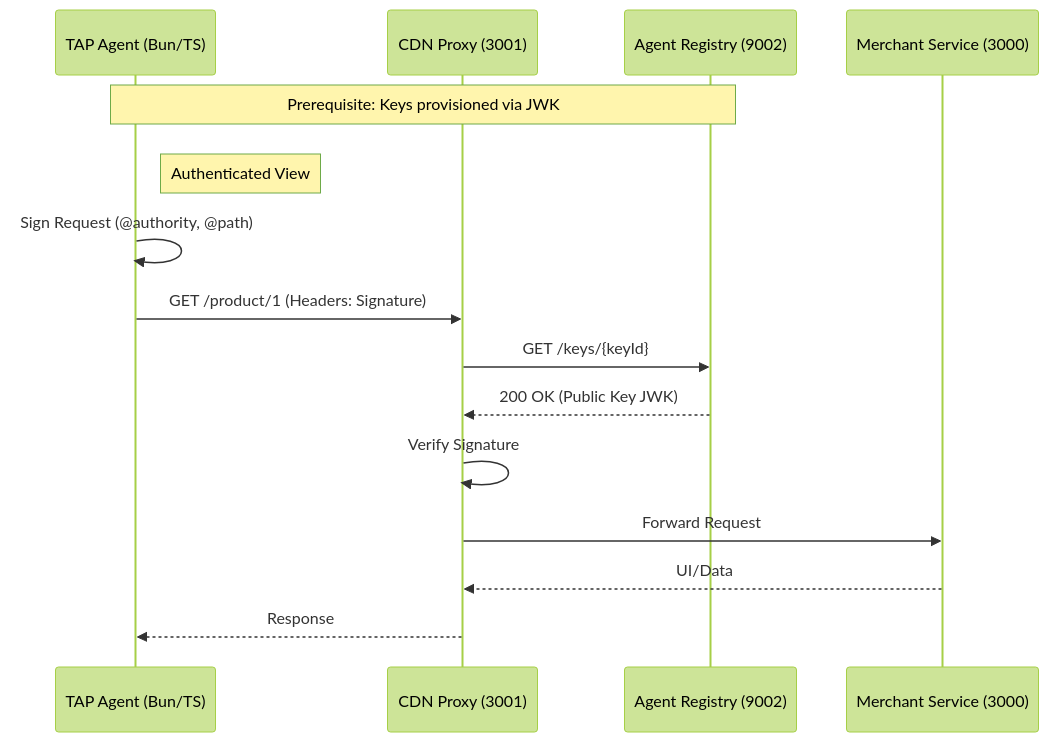
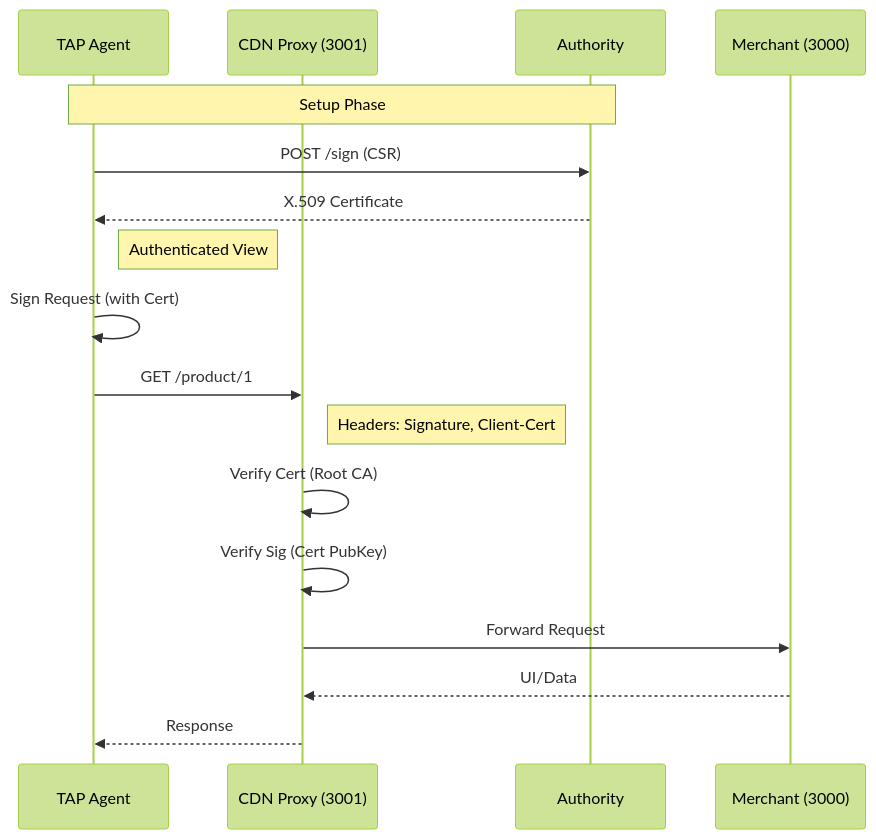
Before and after one commit to JL2718/trusted-agent-protocol: the first of 2 diagrams in src/plan.md, drawn with Mermaid (forest theme). The commit also changed other lines of this file and 10 other files, not shown here.

````diff
--- a/src/plan.md
+++ b/src/plan.md
@@ -110,21 +127,22 @@
 ```mermaid
 sequenceDiagram
-    participant A as TAP Agent (Bun/TS)
+    participant A as TAP Agent
     participant C as CDN Proxy (3001)
-    participant R as Agent Registry (9002)
-    participant M as Merchant Service (3000)
+    participant Auth as Authority
+    participant M as Merchant (3000)
     
-    Note over A, R: Prerequisite: Keys provisioned via JWK
+    Note over A, Auth: Setup Phase
+    A->>Auth: POST /sign (CSR)
+    Auth-->>A: X.509 Certificate
     
-    rect rgba(0, 0, 0, 0)
     Note right of A: Authenticated View
-    A->>A: Sign Request (@authority, @path)
-    A->>C: GET /product/1 (Headers: Signature)
-    C->>R: GET /keys/{keyId}
-    R-->>C: 200 OK (Public Key JWK)
-    C->>C: Verify Signature
+    A->>A: Sign Request (with Cert)
+    A->>C: GET /product/1
+    Note right of C: Headers: Signature, Client-Cert
+    
+    C->>C: Verify Cert (Root CA)
+    C->>C: Verify Sig (Cert PubKey)
     C->>M: Forward Request
     M-->>C: UI/Data
     C-->>A: Response
-    end
 ```
````
